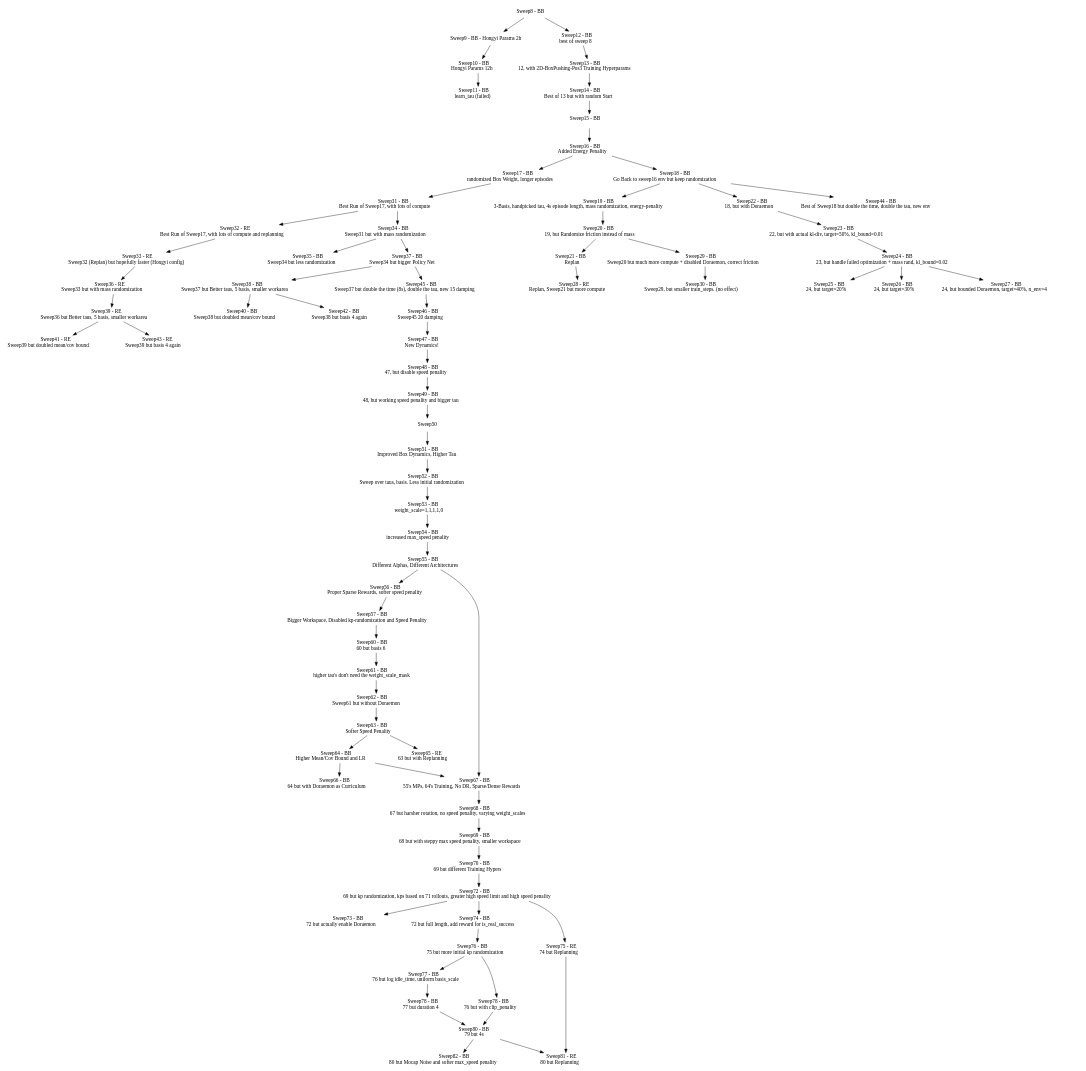
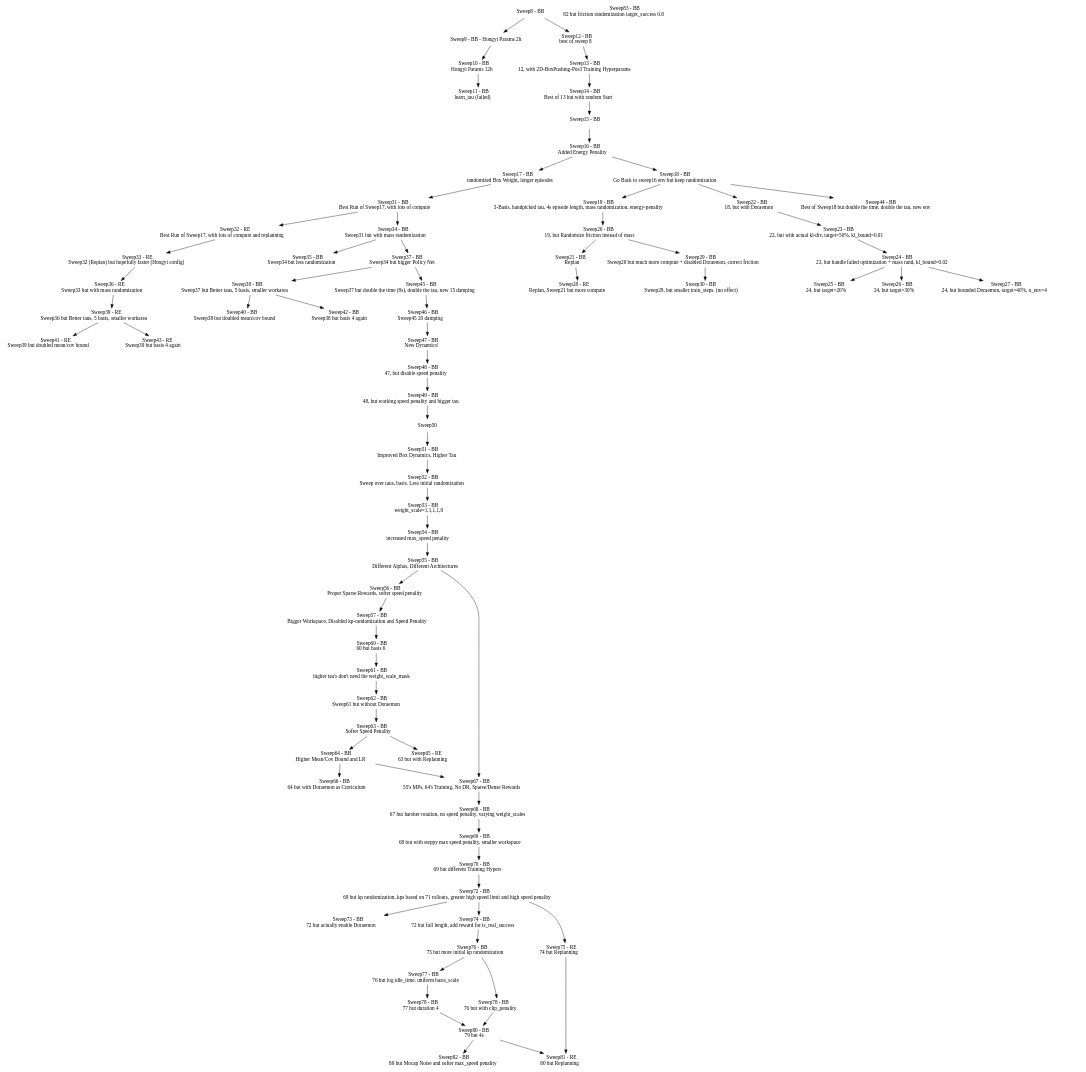
Before and after one commit to maxmunzel/fancy_gym: the diagram in sweeps.dot, drawn with Graphviz. The commit also changed 1 other file, not shown here.

Commit message:
Sweep83 -- BB - 82 but friction randomization and target_success 0.8

```diff
--- a/sweeps.dot
+++ b/sweeps.dot
@@ -1,151 +1,152 @@
 digraph Sweeps {
     // Nodes
     node [shape=plaintext]
     "Sweep8"  [label=<Sweep8 - BB>];
     "Sweep9"  [label=<Sweep9 - BB - Hongyi Params 2h>];
     "Sweep10" [label=<Sweep10 - BB <BR/> Hongyi Params 12h>];
     "Sweep11" [label=<Sweep11 - BB <BR/> learn_tau (failed)>];
     "Sweep12" [label=<Sweep12 - BB <BR/> best of sweep 8>];
     "Sweep13" [label=<Sweep13 - BB <BR/> 12, with 2D-BoxPushing-Pos3 Training Hyperparams>];
     "Sweep14" [label=<Sweep14 - BB <BR/> Best of 13 but with random Start>];
     "Sweep15" [label=<Sweep15 - BB <BR/> >];
     "Sweep16" [label=<Sweep16 - BB <BR/> Added Energy Penality>];
     "Sweep17" [label=<Sweep17 - BB <BR/> randomized Box Weight, longer episodes>];
     "Sweep18" [label=<Sweep18 - BB <BR/> Go Back to sweep16 env but keep randomization>];
     "Sweep19" [label=<Sweep19 - BB <BR/> 3-Basis, handpicked tau, 4s episode length, mass randomization, energy-penality>];
     "Sweep20" [label=<Sweep20 - BB <BR/> 19, but Randomize friction instead of mass>];
     "Sweep21" [label=<Sweep21 - BB <BR/> Replan>];
     "Sweep22" [label=<Sweep22 - BB <BR/> 18, but with Doraemon>];
     "Sweep23" [label=<Sweep23 - BB <BR/> 22, but with actual kl-div, target=50%, kl_bound=0.01>];
     "Sweep24" [label=<Sweep24 - BB <BR/> 23, but handle failed optimization + mass rand, kl_bound=0.02>];
     "Sweep25" [label=<Sweep25 - BB <BR/> 24, but target=20%>];
     "Sweep26" [label=<Sweep26 - BB <BR/> 24, but target=30%>];
     "Sweep27" [label=<Sweep27 - BB <BR/> 24, but bounded Doraemon, target=40%, n_env=4>];
     "Sweep28" [label=<Sweep28 - RE <BR/> Replan, Sweep21 but more compute>];
     "Sweep29" [label=<Sweep29 - BB <BR/> Sweep20 but much more compute + disabled Doraemon, correct friction>];
     "Sweep30" [label=<Sweep30 - BB <BR/> Sweep29, but smaller train_steps. (no effect)>];
     "Sweep31" [label=<Sweep31 - BB <BR/> Best Run of Sweep17, with lots of compute>];
     "Sweep32" [label=<Sweep32 - RE <BR/> Best Run of Sweep17, with lots of compute and replanning>];
     "Sweep33" [label=<Sweep33 - RE <BR/> Sweep32 (Replan) but hopefully faster (Hongyi config)>];
     "Sweep34" [label=<Sweep34 - BB <BR/> Sweep31 but with mass randomization>];
     "Sweep35" [label=<Sweep35 - BB <BR/> Sweep34 but less randomization>];
     "Sweep36" [label=<Sweep36 - RE <BR/> Sweep33 but with mass randomization>];
     "Sweep37" [label=<Sweep37 - BB <BR/> Sweep34 but bigger Policy Net>];
     "Sweep38" [label=<Sweep38 - BB <BR/> Sweep37 but Better taus, 5 basis, smaller workarea>];
     "Sweep39" [label=<Sweep39 - RE <BR/> Sweep36 but Better taus, 5 basis, smaller workarea>];
     "Sweep40" [label=<Sweep40 - BB <BR/> Sweep38 but doubled mean/cov bound>];
     "Sweep41" [label=<Sweep41 - RE <BR/> Sweep39 but doubled mean/cov bound>];
     "Sweep42" [label=<Sweep42 - BB <BR/> Sweep38 but basis 4 again>];
     "Sweep43" [label=<Sweep43 - RE <BR/> Sweep39 but basis 4 again>];
     "Sweep44" [label=<Sweep44 - BB <BR/> Best of Sweep18 but double the time, double the tau, new env>];
     "Sweep45" [label=<Sweep45 - BB <BR/> Sweep37 but double the time (8s), double the tau, new 15 damping>];
     "Sweep46" [label=<Sweep46 - BB <BR/> Sweep45 20 damping>];
     "Sweep47" [label=<Sweep47 - BB <BR/> New Dynamics! >];
     "Sweep48" [label=<Sweep48 - BB <BR/> 47, but disable speed penality  >];
     "Sweep49" [label=<Sweep49 - BB <BR/> 48, but working speed penality and bigger tau  >];
     "Sweep51" [label=<Sweep51 - BB <BR/> Improved Box Dynamics, Higher Tau>];
     "Sweep52" [label=<Sweep52 - BB <BR/> Sweep over taus, basis. Less initial randomization>];
     "Sweep53" [label=<Sweep53 - BB <BR/> weight_scale=1,1,1,1,0 >];
     "Sweep54" [label=<Sweep54 - BB <BR/> increased max_speed penality>];
     "Sweep55" [label=<Sweep55 - BB <BR/> Different Alphas, Different Architectures>];
     "Sweep56" [label=<Sweep56 - BB <BR/> Proper Sparse Rewards, softer speed penality>];
     "Sweep57" [label=<Sweep57 - BB <BR/> Bigger Workspace, Disabled kp-randomization and Speed Penality>];
     "Sweep60" [label=<Sweep60 - BB <BR/> 60 but basis 6>];
     "Sweep61" [label=<Sweep61 - BB <BR/> higher tau's don't need the weight_scale_mask>];
     "Sweep62" [label=<Sweep62 - BB <BR/> Sweep61 but without Doraemon>];
     "Sweep63" [label=<Sweep63 - BB <BR/> Softer Speed Penality >];
     "Sweep64" [label=<Sweep64 - BB <BR/> Higher Mean/Cov Bound and LR >];
     "Sweep65" [label=<Sweep65 - RE <BR/> 63 but with Replanning >];
     "Sweep66" [label=<Sweep66 - BB <BR/> 64 but with Doraemon as Curriculum >];
     "Sweep67" [label=<Sweep67 - BB <BR/> 55's MPs, 64's Training, No DR, Sparse/Dense Rewards >];
     "Sweep68" [label=<Sweep68 - BB <BR/> 67 but harsher rotation, no speed penality, varying weight_scales >];
     "Sweep69" [label=<Sweep69 - BB <BR/> 68 but with steppy max speed penality, smaller workspace >];
     "Sweep70" [label=<Sweep70 - BB <BR/> 69 but different Training Hypers >];
     "Sweep72" [label=<Sweep72 - BB <BR/> 69 but kp randomization, kps based on 71 rollouts, greater high speed limit and high speed penality >];
     "Sweep73" [label=<Sweep73 - BB <BR/> 72 but actually enable Doraemon >];
     "Sweep74" [label=<Sweep74 - BB <BR/> 72 but full length, add reward for is_real_success >];
     "Sweep75" [label=<Sweep75 - RE <BR/> 74 but Replanning >];
     "Sweep76" [label=<Sweep76 - BB <BR/> 75 but more initial kp randomization>];
     "Sweep77" [label=<Sweep77 - BB <BR/> 76 but log idle_time, uniform basis_scale>];
     "Sweep78" [label=<Sweep78 - BB <BR/> 77 but duration 4>];
     "Sweep79" [label=<Sweep78 - BB <BR/> 76 but with clip_penality>];
     "Sweep80" [label=<Sweep80 - BB <BR/> 79 but 4s>];
     "Sweep81" [label=<Sweep81 - RE <BR/> 80 but Replanning>];
     "Sweep82" [label=<Sweep82 - BB <BR/> 80 but Mocap Noise and softer max_speed penality>];
+    "Sweep83" [label=<Sweep83 - BB <BR/> 82 but friction randomization target_success 0.8>];
 
     // Edges
     "Sweep8" -> "Sweep9"
     "Sweep9" -> "Sweep10"
     "Sweep10" -> "Sweep11"
     "Sweep8" -> "Sweep12"
     "Sweep12" -> "Sweep13"
     "Sweep13" -> "Sweep14"
     "Sweep16" -> "Sweep18"
     "Sweep18" -> "Sweep19"
     "Sweep19" -> "Sweep20"
     "Sweep21" -> "Sweep28"
     "Sweep20" -> "Sweep29"
     "Sweep29" -> "Sweep30"
     "Sweep17" -> "Sweep31"
     "Sweep31" -> "Sweep32"
     "Sweep32" -> "Sweep33"
     "Sweep31" -> "Sweep34"
     "Sweep34" -> "Sweep35"
     "Sweep33" -> "Sweep36"
     "Sweep34" -> "Sweep37"
     "Sweep37" -> "Sweep38"
     "Sweep36" -> "Sweep39"
     "Sweep38" -> "Sweep40"
     "Sweep39" -> "Sweep41"
     "Sweep38" -> "Sweep42"
     "Sweep39" -> "Sweep43"
     "Sweep18" -> "Sweep22"
     "Sweep22" -> "Sweep23"
     "Sweep23" -> "Sweep24"
     "Sweep24" -> "Sweep25"
     "Sweep24" -> "Sweep26"
     "Sweep24" -> "Sweep27"
     "Sweep18" -> "Sweep44"
     "Sweep14" -> "Sweep15"
     "Sweep15" -> "Sweep16"
     "Sweep16" -> "Sweep17"
     "Sweep20" -> "Sweep21"
     "Sweep37" -> "Sweep45"
     "Sweep45" -> "Sweep46"
     "Sweep46" -> "Sweep47"
     "Sweep47" -> "Sweep48"
     "Sweep48" -> "Sweep49"
     "Sweep49" -> "Sweep50"
     "Sweep50" -> "Sweep51"
     "Sweep51" -> "Sweep52"
     "Sweep52" -> "Sweep53"
     "Sweep53" -> "Sweep54"
     "Sweep54" -> "Sweep55"
     "Sweep55" -> "Sweep56"
     "Sweep56" -> "Sweep57"
     "Sweep57" -> "Sweep60"
     "Sweep60" -> "Sweep61"
     "Sweep61" -> "Sweep62"
     "Sweep62" -> "Sweep63"
     "Sweep63" -> "Sweep64"
     "Sweep63" -> "Sweep65"
     "Sweep64" -> "Sweep66"
     "Sweep55" -> "Sweep67"
     "Sweep64" -> "Sweep67"
     "Sweep67" -> "Sweep68"
     "Sweep68" -> "Sweep69"
     "Sweep69" -> "Sweep70"
     "Sweep70" -> "Sweep72"
     "Sweep72" -> "Sweep73"
     "Sweep72" -> "Sweep74"
     "Sweep72" -> "Sweep75"
     "Sweep74" -> "Sweep76"
     "Sweep76" -> "Sweep77"
     "Sweep77" -> "Sweep78"
     "Sweep76" -> "Sweep79"
     "Sweep78" -> "Sweep80"
     "Sweep79" -> "Sweep80"
     "Sweep80" -> "Sweep81"
     "Sweep75" -> "Sweep81"
     "Sweep80" -> "Sweep82"
 }
```
